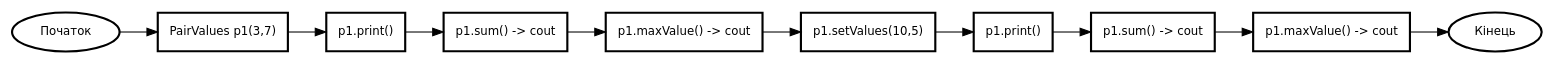
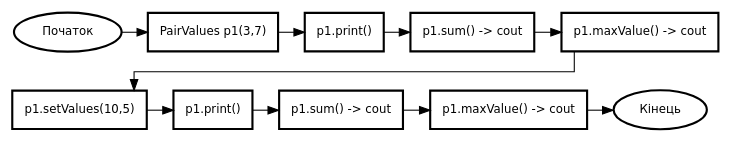
Before and after one commit to yourhostel/cpp_course: the diagram in III_course/2025-10-13-topic-8/graphviz/pairValues.dot, drawn with Graphviz. The commit also changed other lines of this file and 3 other files, not shown here.

```diff
--- a/III_course/2025-10-13-topic-8/graphviz/pairValues.dot
+++ b/III_course/2025-10-13-topic-8/graphviz/pairValues.dot
@@ -1,19 +1,36 @@
 // pairValues.dot
 digraph pairValues {
-    rankdir=LR;
+    rankdir=TB;
+    nodesep=0.35;
+    ranksep=0.5;
+    splines=ortho;
     node [shape=box, style="solid,bold", fontname="DejaVu Sans", fontsize=11, margin="0.15,0.1"];
 
-    // pairValues()
+    // вузли
     pv_start [shape=oval, label="Початок"];
     pv_ctor  [label="PairValues p1(3,7)"];
     pv_print1 [label="p1.print()"];
     pv_sum1   [label="p1.sum() -> cout"];
     pv_max1   [label="p1.maxValue() -> cout"];
+
     pv_set    [label="p1.setValues(10,5)"];
     pv_print2 [label="p1.print()"];
     pv_sum2   [label="p1.sum() -> cout"];
     pv_max2   [label="p1.maxValue() -> cout"];
     pv_end    [shape=oval, label="Кінець"];
 
-    pv_start -> pv_ctor -> pv_print1 -> pv_sum1 -> pv_max1 -> pv_set -> pv_print2 -> pv_sum2 -> pv_max2 -> pv_end;
+    // рядок 1 (зліва направо)
+    { rank=same; pv_start -> pv_ctor -> pv_print1 -> pv_sum1 -> pv_max1; }
+
+    // рядок 2 (зліва направо)
+    { rank=same; pv_set -> pv_print2 -> pv_sum2 -> pv_max2 -> pv_end; }
+
+    // перехід з 1-го рядка на 2-й
+    pv_max1 -> pv_set;
+
+    // (вирівнювання)
+    pv_start -> pv_set   [style=invis];
+    pv_ctor  -> pv_print2[style=invis];
+    pv_print1-> pv_sum2  [style=invis];
+    pv_sum1  -> pv_max2  [style=invis];
 }
```
